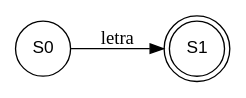
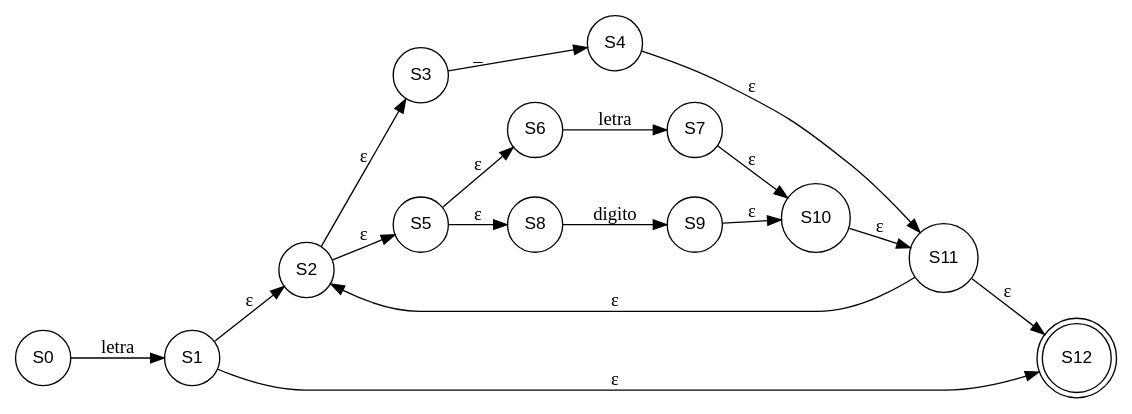
One commit to Desconocido502/OLC1-proyecto1-201902502 changed the diagram in src/AFND_201902502/identificador.dot. Above: the diagram before and after it, drawn with Graphviz. The commit also changed 10 other files, not shown here.

```diff
--- a/src/AFND_201902502/identificador.dot
+++ b/src/AFND_201902502/identificador.dot
@@ -1,10 +1,24 @@
  digraph G {
     node [shape=circle fontsize=13 fontname = "helvetica"];
     nodesep=0.4;
     ranksep=0.5;
-
     rankdir=LR;
 
 S0 -> S1 [label="letra"];
-S1 [shape=doublecircle];
+S1 -> S2 [label="ε"];
+S11 -> S12 [label="ε"];
+S1 -> S12 [label="ε"];
+S11 -> S2 [label="ε"];
+S2 -> S3 [label="ε"];
+S2 -> S5 [label="ε"];
+S4 -> S11 [label="ε"];
+S10 -> S11 [label="ε"];
+S3 -> S4 [label="_"];
+S5 -> S6 [label="ε"];
+S5 -> S8 [label="ε"];
+S7 -> S10 [label="ε"];
+S9 -> S10 [label="ε"];
+S6 -> S7 [label="letra"];
+S8 -> S9 [label="digito"];
+S12 [shape=doublecircle];
 }
```
